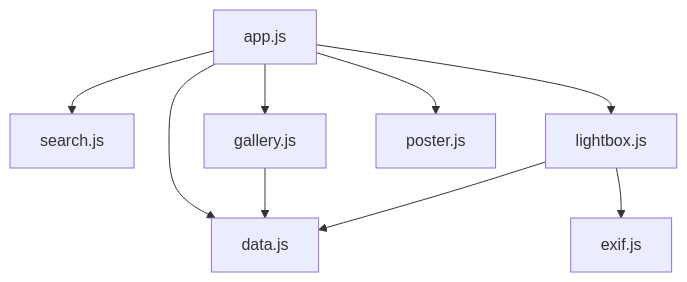
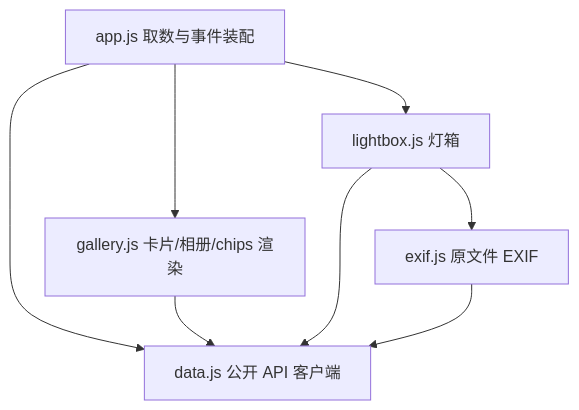
Before and after one commit to hurss11/Collection-of-Time: the diagram in Photography/README.md, drawn with Mermaid. The commit also changed other lines of this file and 26 other files, not shown here.

````diff
--- a/Photography/README.md
+++ b/Photography/README.md
@@ -421,11 +487,10 @@
 ```mermaid
 graph TD
-  app[app.js] --> data[data.js]
-  app --> search[search.js]
-  app --> gallery[gallery.js]
-  app --> lightbox[lightbox.js]
-  app --> poster[poster.js]
+  app[app.js 取数与事件装配] --> data[data.js 公开 API 客户端]
+  app --> gallery[gallery.js 卡片/相册/chips 渲染]
+  app --> lightbox[lightbox.js 灯箱]
   gallery --> data
   lightbox --> data
-  lightbox --> exif[exif.js]
+  lightbox --> exif[exif.js 原文件 EXIF]
+  exif --> data
 ```
````
